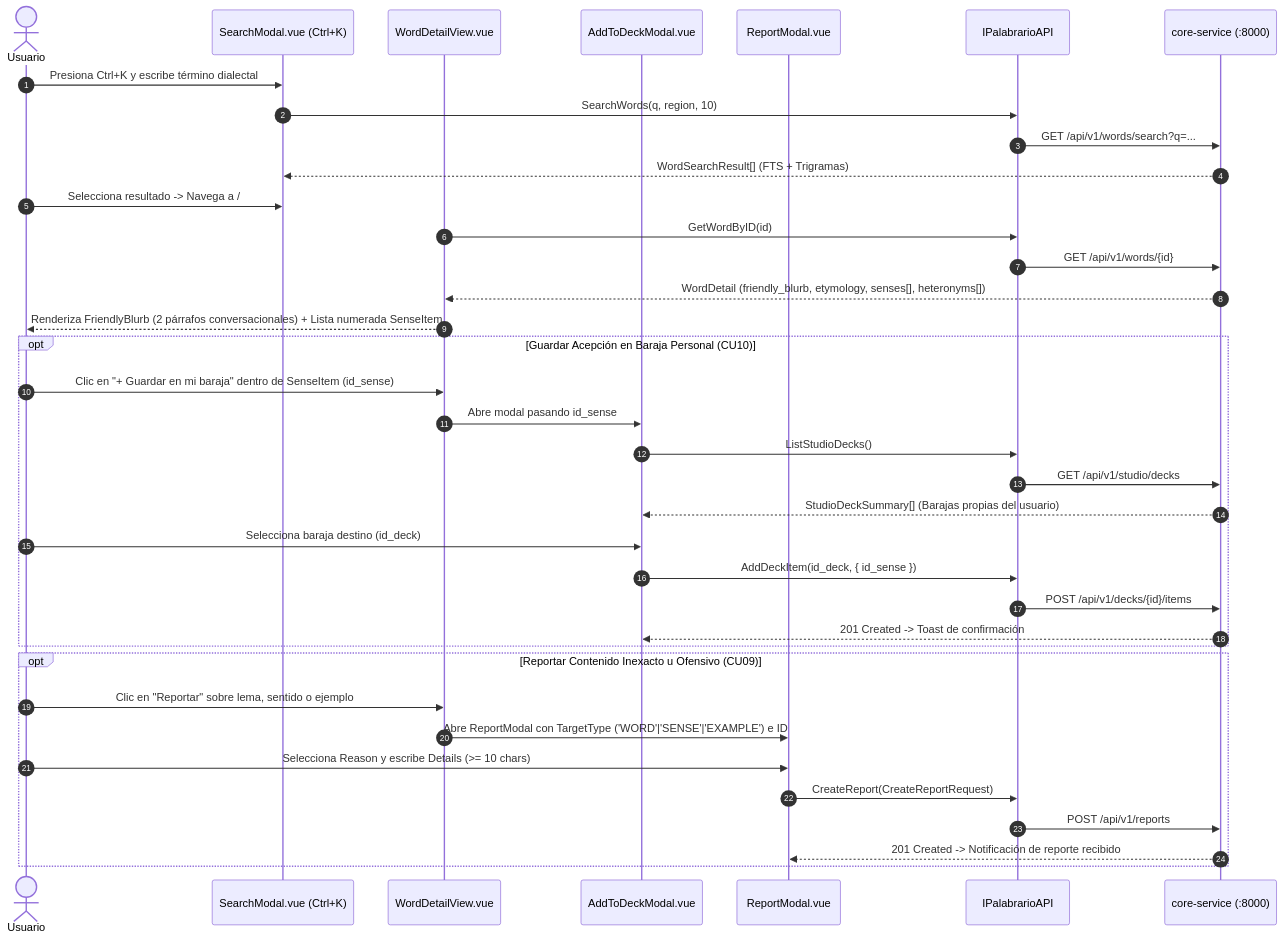
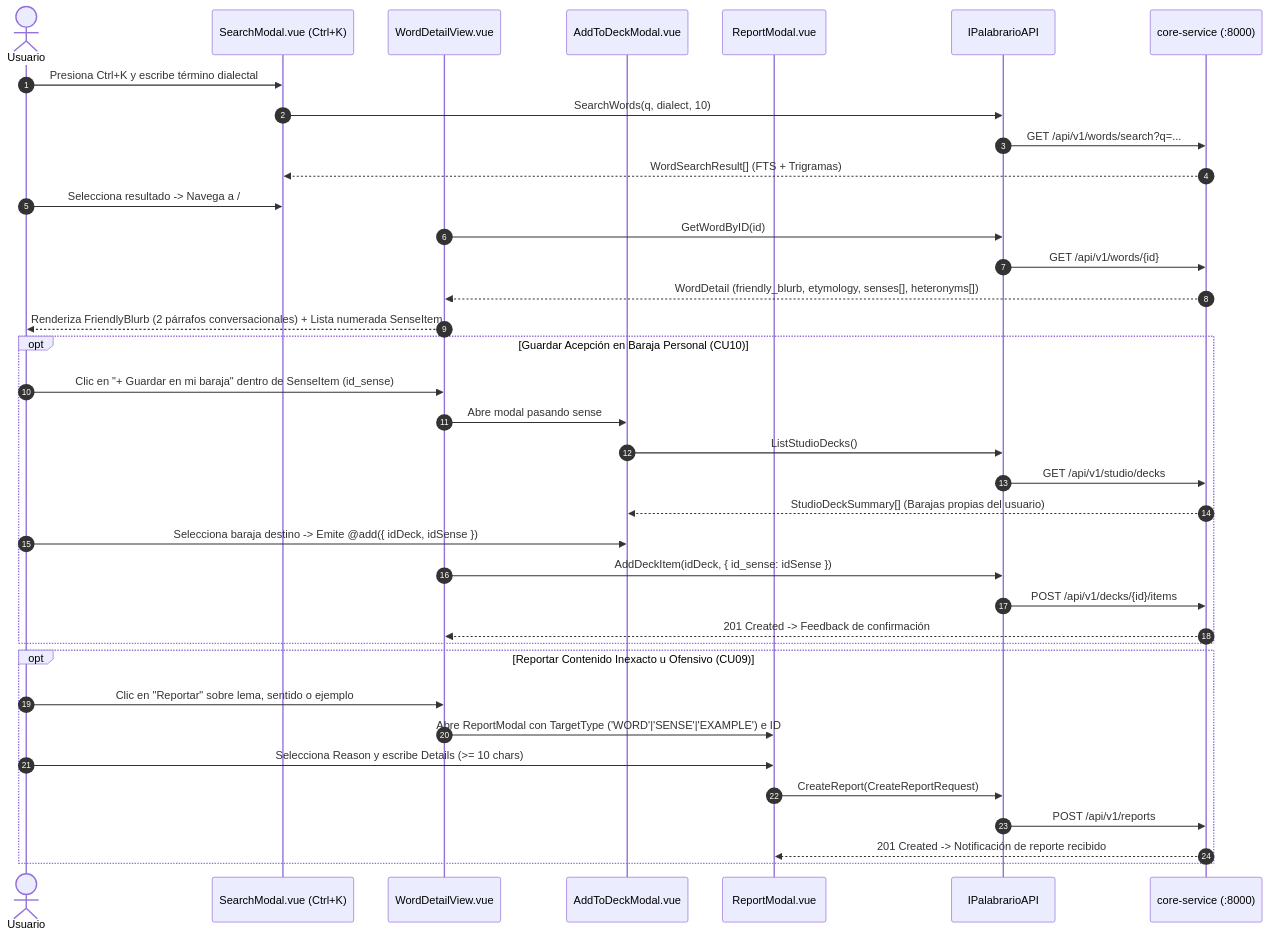
Before and after one commit to OGShawnLee/palabrario: the third of 7 diagrams in .context/UI_FLOWS.md, drawn with Mermaid. The commit also changed other lines of this file and 13 other files, not shown here.

First line of the commit message:
docs: synchronize architecture specifications and align frontend canonical routing

````diff
--- a/.context/UI_FLOWS.md
+++ b/.context/UI_FLOWS.md
@@ -109,43 +109,43 @@
 ```mermaid
 sequenceDiagram
     autonumber
     actor U as Usuario
     participant Omni as SearchModal.vue (Ctrl+K)
     participant WD as WordDetailView.vue
     participant DeckM as AddToDeckModal.vue
     participant RepM as ReportModal.vue
     participant API as IPalabrarioAPI
     participant Core as core-service (:8000)
 
     U->>Omni: Presiona Ctrl+K y escribe término dialectal
-    Omni->>API: SearchWords(q, region, 10)
+    Omni->>API: SearchWords(q, dialect, 10)
     API->>Core: GET /api/v1/words/search?q=...
     Core-->>Omni: WordSearchResult[] (FTS + Trigramas)
     U->>Omni: Selecciona resultado -> Navega a /#/dictionary/word/:id
 
     WD->>API: GetWordByID(id)
     API->>Core: GET /api/v1/words/{id}
     Core-->>WD: WordDetail (friendly_blurb, etymology, senses[], heteronyms[])
     WD-->>U: Renderiza FriendlyBlurb (2 párrafos conversacionales) + Lista numerada SenseItem
 
     opt Guardar Acepción en Baraja Personal (CU10)
         U->>WD: Clic en "+ Guardar en mi baraja" dentro de SenseItem (id_sense)
-        WD->>DeckM: Abre modal pasando id_sense
+        WD->>DeckM: Abre modal pasando sense
         DeckM->>API: ListStudioDecks()
         API->>Core: GET /api/v1/studio/decks
         Core-->>DeckM: StudioDeckSummary[] (Barajas propias del usuario)
-        U->>DeckM: Selecciona baraja destino (id_deck)
-        DeckM->>API: AddDeckItem(id_deck, { id_sense })
+        U->>DeckM: Selecciona baraja destino -> Emite @add({ idDeck, idSense })
+        WD->>API: AddDeckItem(idDeck, { id_sense: idSense })
         API->>Core: POST /api/v1/decks/{id}/items
-        Core-->>DeckM: 201 Created -> Toast de confirmación
+        Core-->>WD: 201 Created -> Feedback de confirmación
     end
 
     opt Reportar Contenido Inexacto u Ofensivo (CU09)
         U->>WD: Clic en "Reportar" sobre lema, sentido o ejemplo
         WD->>RepM: Abre ReportModal con TargetType ('WORD'|'SENSE'|'EXAMPLE') e ID
         U->>RepM: Selecciona Reason y escribe Details (>= 10 chars)
         RepM->>API: CreateReport(CreateReportRequest)
         API->>Core: POST /api/v1/reports
         Core-->>RepM: 201 Created -> Notificación de reporte recibido
     end
 ```
````
